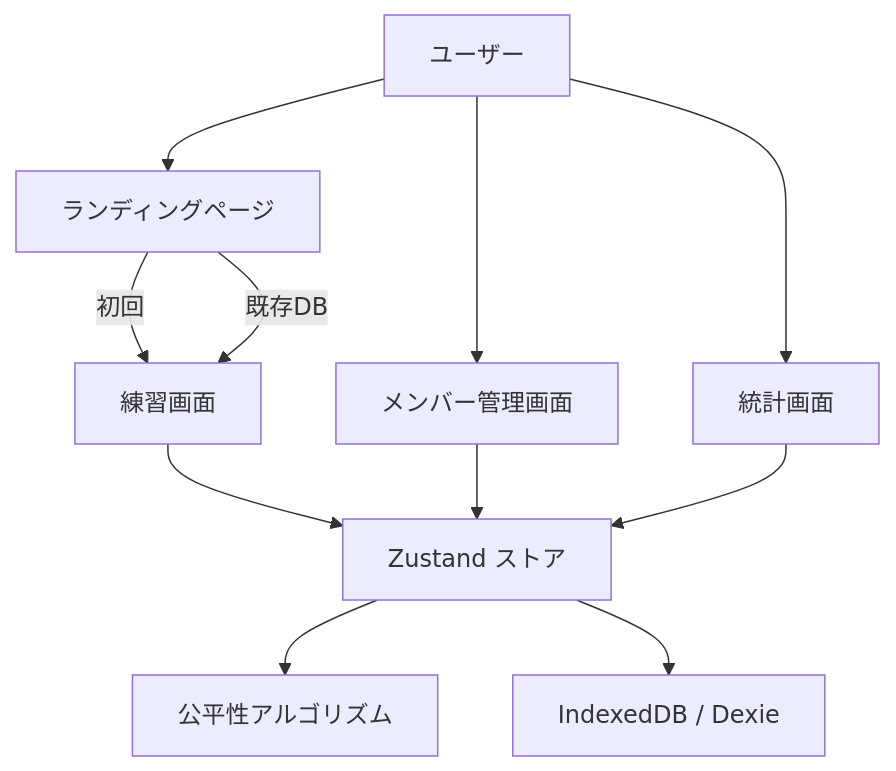
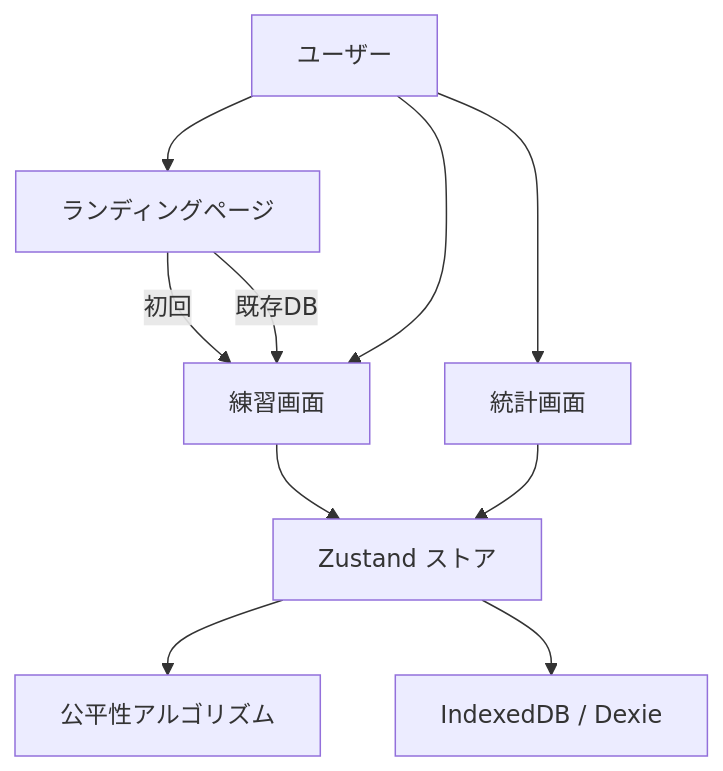
Before and after one commit to KM0912/pairkuji: the first of 8 diagrams in docs/functional-design.md, drawn with Mermaid. The commit also changed other lines of this file and 16 other files, not shown here.

````diff
--- a/docs/functional-design.md
+++ b/docs/functional-design.md
@@ -5,22 +5,20 @@
 ```mermaid
 graph TB
     User[ユーザー]
     LP[ランディングページ]
     Practice[練習画面]
-    Members[メンバー管理画面]
     Stats[統計画面]
     Store[Zustand ストア]
     Algorithm[公平性アルゴリズム]
     DB[IndexedDB / Dexie]
 
     User --> LP
     LP -->|初回| Practice
     LP -->|既存DB| Practice
-    User --> Members
+    User --> Practice
     User --> Stats
     Practice --> Store
-    Members --> Store
     Stats --> Store
     Store --> Algorithm
     Store --> DB
 ```
````
